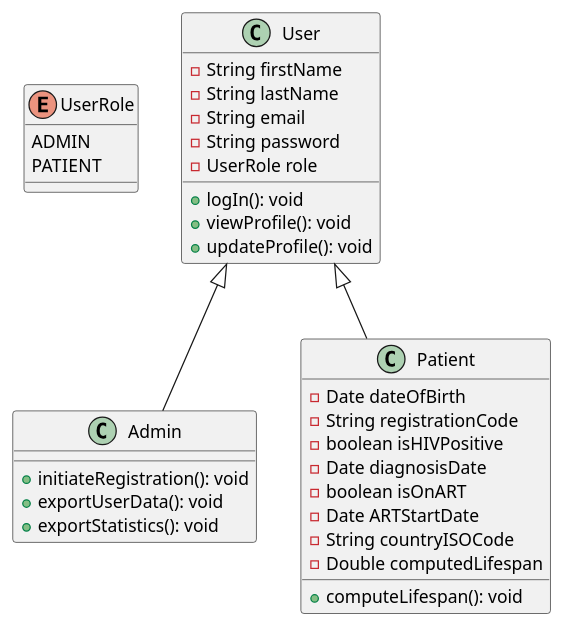
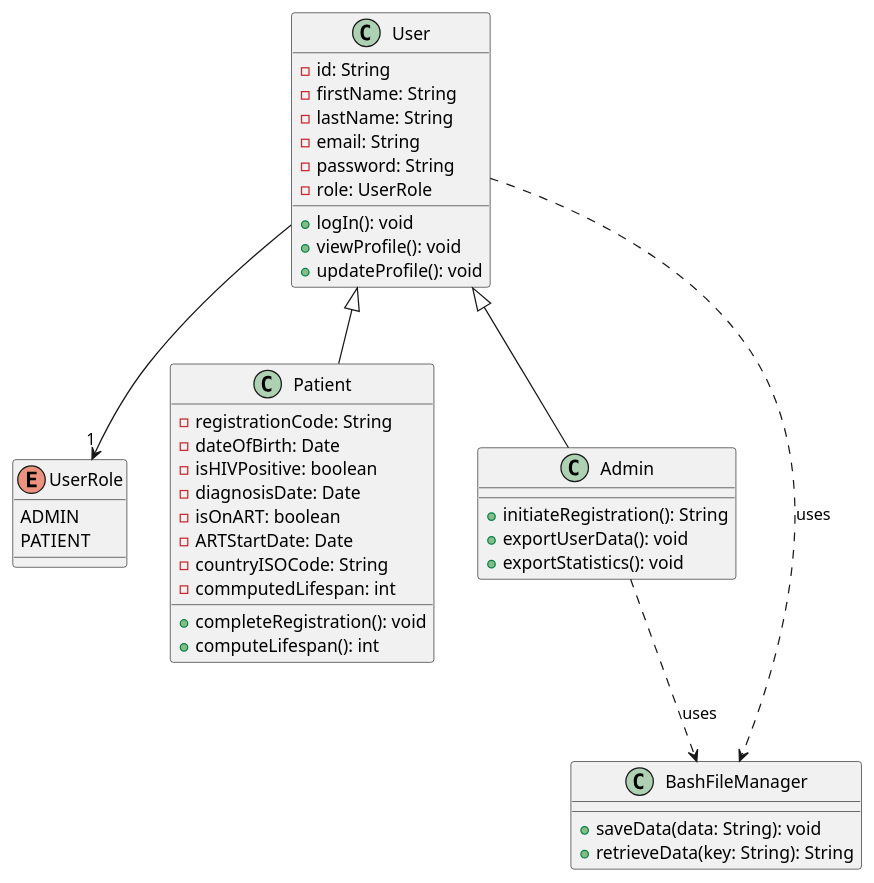
One commit to Blaiseniyo/life-span-prognosis-system changed the diagram in ClassDiagrams.plantuml. Above: the diagram before and after it, drawn with PlantUML. The commit also changed other lines of this file and 2 other files, not shown here.

Commit message:
Update Class diagram

```diff
--- a/ClassDiagrams.plantuml
+++ b/ClassDiagrams.plantuml
@@ -1,39 +37,51 @@
-@startuml Life Span Pregnosis Class Diagrams
+@startuml Life Prognosis App - Class Diagram
+
 enum UserRole {
   ADMIN
   PATIENT
 }
 
 class User {
-  - String firstName
-  - String lastName
-  - String email
-  - String password
-  - UserRole role
+  -id: String
+  -firstName: String
+  -lastName: String
+  -email: String
+  -password: String
+  -role: UserRole
   + logIn(): void
   + viewProfile(): void
   + updateProfile(): void
 }
 
-class Admin {
-  + initiateRegistration(): void
-  + exportUserData(): void
-  + exportStatistics(): void
+class Patient {
+  -registrationCode: String
+  -dateOfBirth: Date
+  -isHIVPositive: boolean
+  -diagnosisDate: Date
+  -isOnART: boolean
+  -ARTStartDate: Date
+  -countryISOCode: String
+  -commputedLifespan: int
+  +completeRegistration(): void
+  +computeLifespan(): int
 }
 
-class Patient {
-  - Date dateOfBirth
-  - String registrationCode
-  - boolean isHIVPositive
-  - Date diagnosisDate
-  - boolean isOnART
-  - Date ARTStartDate
-  - String countryISOCode
-  - Double computedLifespan
-  + computeLifespan(): void
+class Admin {
+  +initiateRegistration(): String
+  +exportUserData(): void
+  +exportStatistics(): void
 }
 
+
+class BashFileManager {
+  +saveData(data: String): void
+  +retrieveData(key: String): String
+}
+
+User <|-- Patient
 User <|-- Admin
-User <|-- Patient
+User --> "1" UserRole
+User ..> BashFileManager : uses
+Admin ..> BashFileManager : uses
 
 @enduml
```
